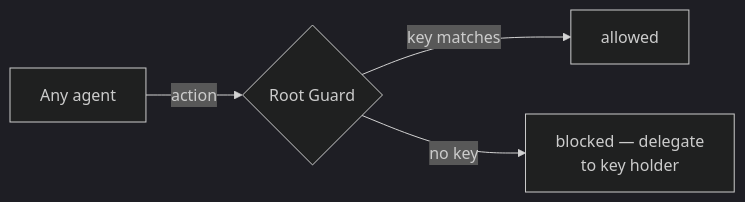
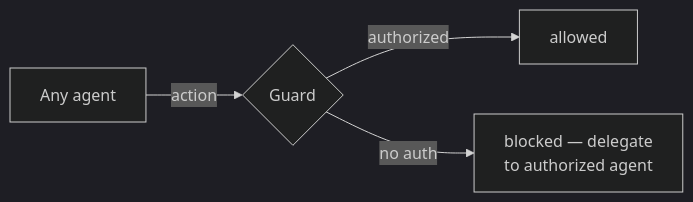
The diagram in docs/framework/guards.md (Kord96/kordinate), drawn with Mermaid (dark theme) before and after one commit. The commit also changed other lines of this file and 1 other file, not shown here.

````diff
--- a/docs/framework/guards.md
+++ b/docs/framework/guards.md
@@ -5,6 +5,6 @@
 ```mermaid
 flowchart LR
-    A[Any agent] -->|action| G{Root Guard}
-    G -->|key matches| OK[allowed]
-    G -->|no key| BLOCK[blocked — delegate<br/>to key holder]
+    A[Any agent] -->|action| G{Guard}
+    G -->|authorized| OK[allowed]
+    G -->|no auth| BLOCK[blocked — delegate<br/>to authorized agent]
 ```
````
